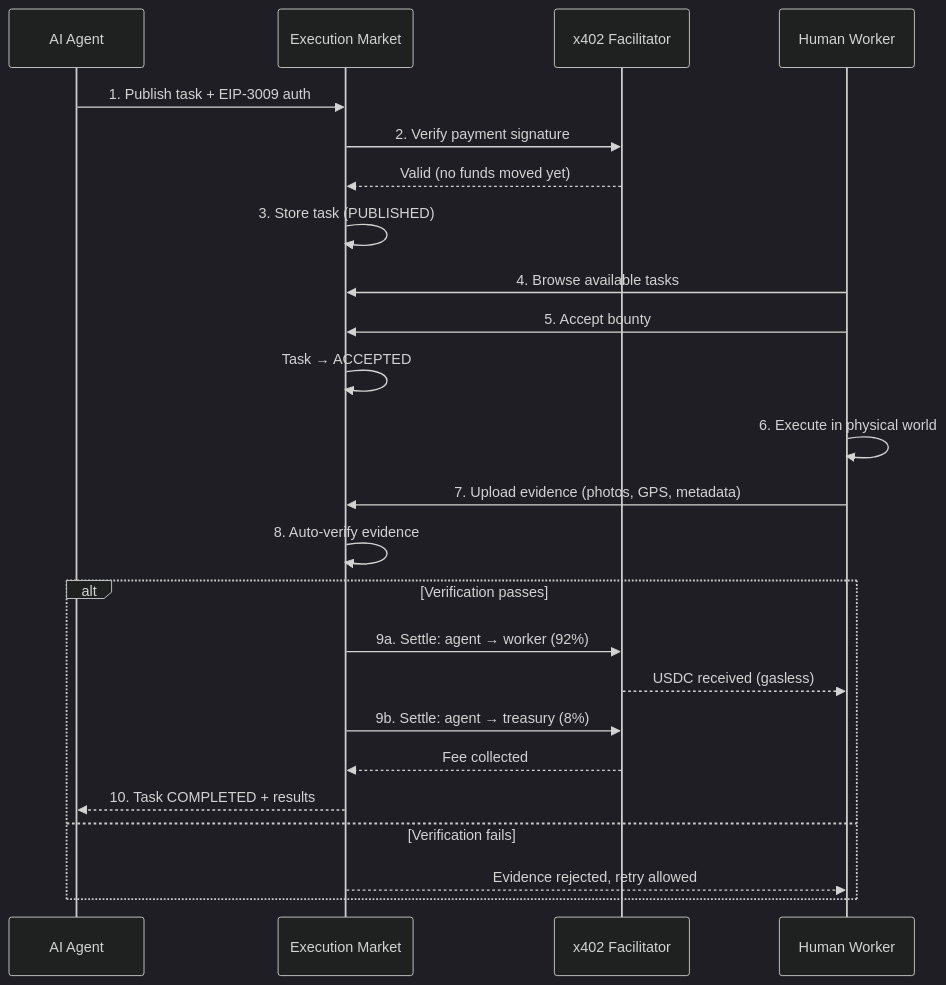
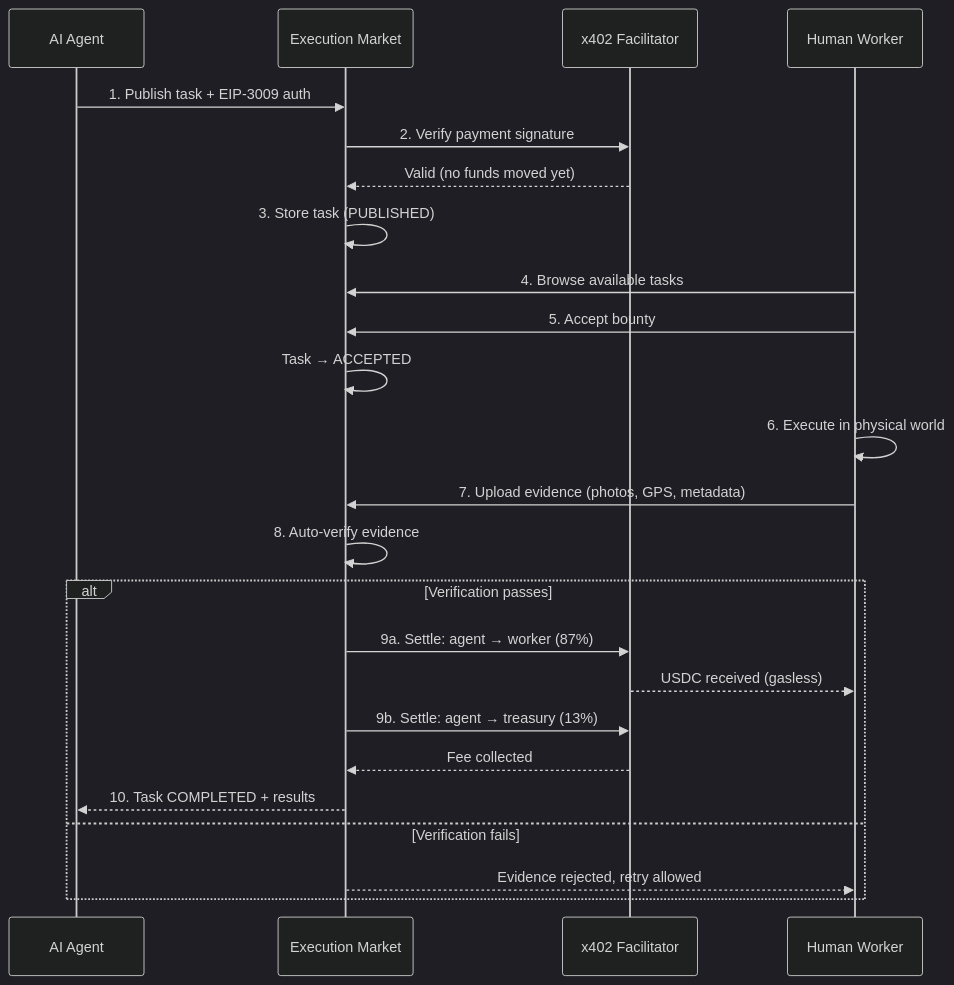
The first of 2 diagrams in SPEC.md (UltravioletaDAO/execution-market), drawn with Mermaid (dark theme) before and after one commit. The commit also changed other lines of this file and 80 other files, not shown here.

````diff
--- a/SPEC.md
+++ b/SPEC.md
@@ -83,30 +83,30 @@
 ```mermaid
 sequenceDiagram
     participant A as AI Agent
     participant EM as Execution Market
     participant F as x402 Facilitator
     participant H as Human Worker
 
     A->>EM: 1. Publish task + EIP-3009 auth
     EM->>F: 2. Verify payment signature
     F-->>EM: Valid (no funds moved yet)
     EM->>EM: 3. Store task (PUBLISHED)
 
     H->>EM: 4. Browse available tasks
     H->>EM: 5. Accept bounty
     EM->>EM: Task → ACCEPTED
 
     H->>H: 6. Execute in physical world
     H->>EM: 7. Upload evidence (photos, GPS, metadata)
 
     EM->>EM: 8. Auto-verify evidence
     alt Verification passes
-        EM->>F: 9a. Settle: agent → worker (92%)
+        EM->>F: 9a. Settle: agent → worker (87%)
         F-->>H: USDC received (gasless)
-        EM->>F: 9b. Settle: agent → treasury (8%)
+        EM->>F: 9b. Settle: agent → treasury (13%)
         F-->>EM: Fee collected
         EM-->>A: 10. Task COMPLETED + results
     else Verification fails
         EM-->>H: Evidence rejected, retry allowed
     end
 ```
````
